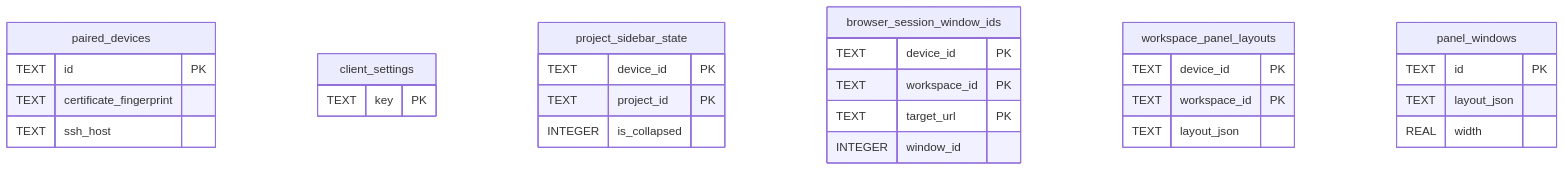
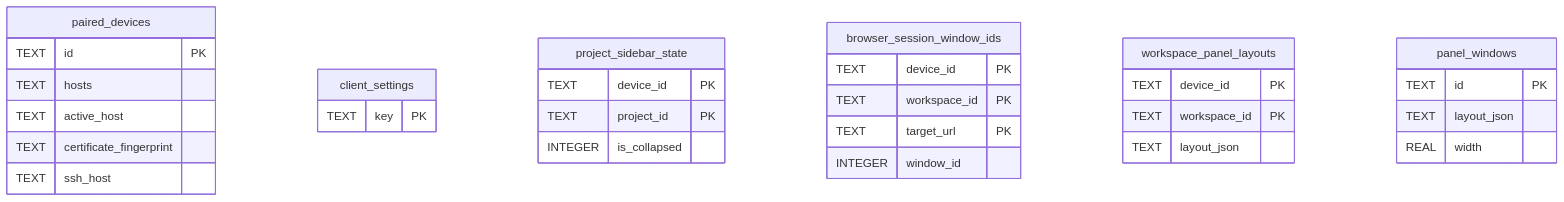
The fourth of 4 diagrams in docs/implementation.md (yogesh-dhande/spaces), drawn with Mermaid before and after one commit. The commit also changed other lines of this file and 33 other files, not shown here.

````diff
--- a/docs/implementation.md
+++ b/docs/implementation.md
@@ -388,32 +390,34 @@
 ```mermaid
 erDiagram
   paired_devices {
     TEXT id PK
+    TEXT hosts
+    TEXT active_host
     TEXT certificate_fingerprint
     TEXT ssh_host
   }
   client_settings {
     TEXT key PK
   }
   project_sidebar_state {
     TEXT device_id PK
     TEXT project_id PK
     INTEGER is_collapsed
   }
   browser_session_window_ids {
     TEXT device_id PK
     TEXT workspace_id PK
     TEXT target_url PK
     INTEGER window_id
   }
   workspace_panel_layouts {
     TEXT device_id PK
     TEXT workspace_id PK
     TEXT layout_json
   }
   panel_windows {
     TEXT id PK
     TEXT layout_json
     REAL width
   }
 ```
````
